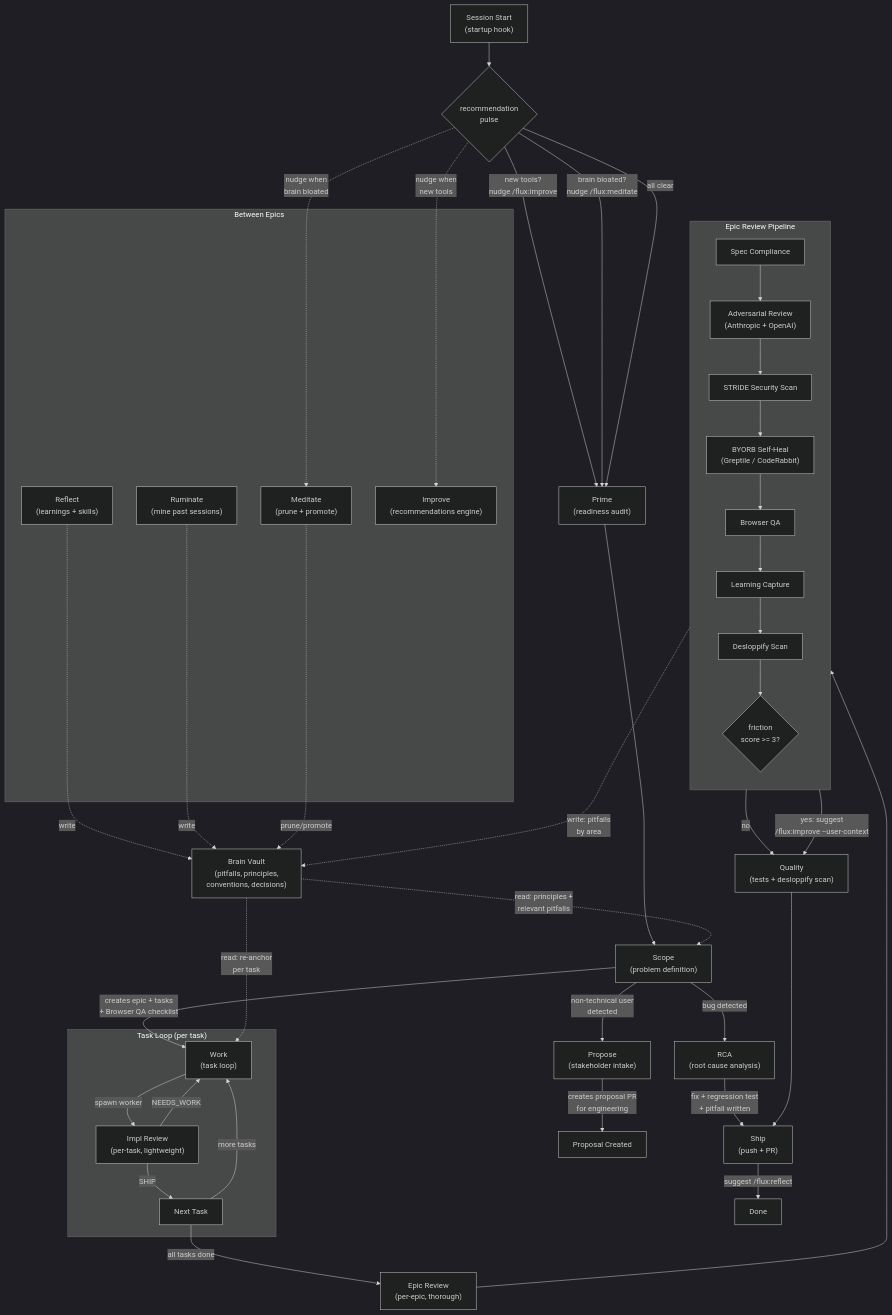
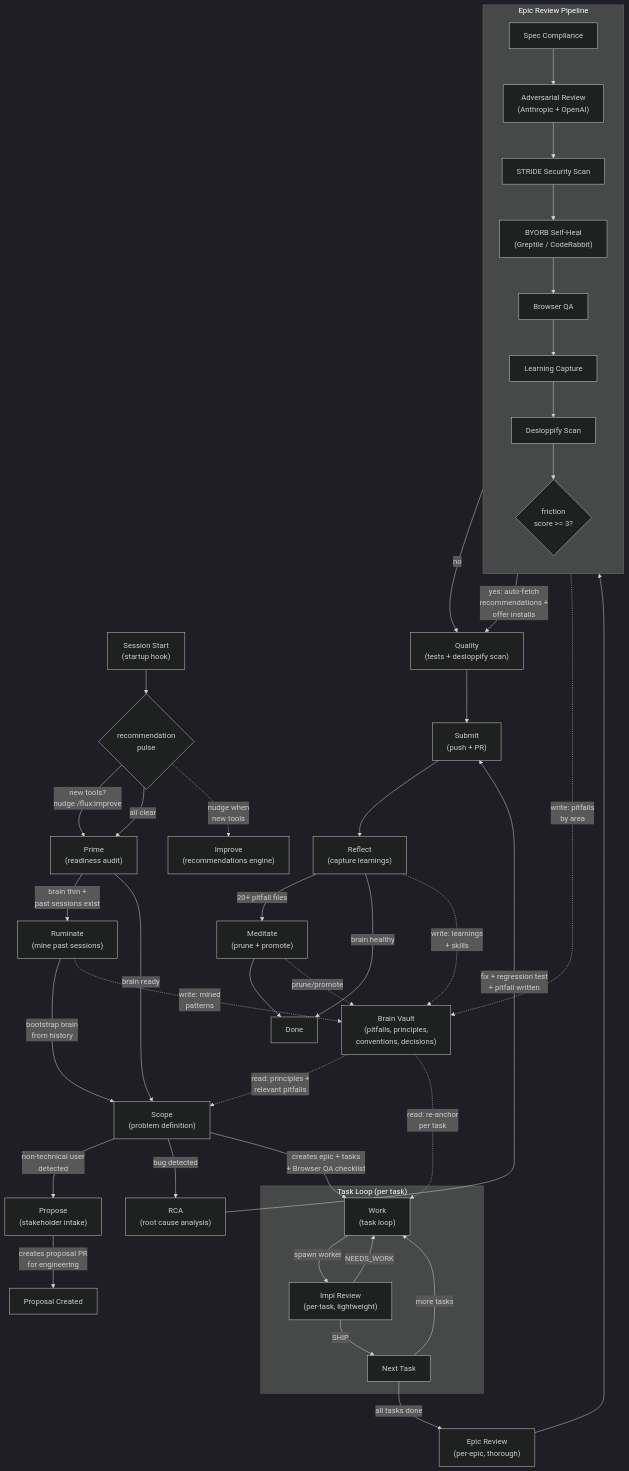
The diagram in README.md (Nairon-AI/flux), drawn with Mermaid (dark theme) before and after one commit. The commit also changed other lines of this file and 4 other files, not shown here.

First line of the commit message:
feat: auto-trigger reflect, ruminate, meditate, and improve in workflow

````diff
--- a/README.md
+++ b/README.md
@@ -188,79 +188,78 @@
 ```mermaid
 flowchart TD
     SessionStart["Session Start<br/>(startup hook)"]
     Pulse{"recommendation<br/>pulse"}
     Prime["Prime<br/>(readiness audit)"]
     Propose["Propose<br/>(stakeholder intake)"]
     RCA["RCA<br/>(root cause analysis)"]
     Scope["Scope<br/>(problem definition)"]
     Work["Work<br/>(task loop)"]
     ImplReview["Impl Review<br/>(per-task, lightweight)"]
     EpicReview["Epic Review<br/>(per-epic, thorough)"]
     Quality["Quality<br/>(tests + desloppify scan)"]
-    Ship["Ship<br/>(push + PR)"]
+    Submit["Submit<br/>(push + PR)"]
+    Reflect["Reflect<br/>(capture learnings)"]
+    Meditate["Meditate<br/>(prune + promote)"]
+    Ruminate["Ruminate<br/>(mine past sessions)"]
+    Improve["Improve<br/>(recommendations engine)"]
 
     SessionStart --> Pulse
     Pulse -->|"new tools?<br/>nudge /flux:improve"| Prime
-    Pulse -->|"brain bloated?<br/>nudge /flux:meditate"| Prime
     Pulse -->|"all clear"| Prime
-    Prime --> Scope
+    Prime -->|"brain thin +<br/>past sessions exist"| Ruminate
+    Prime -->|"brain ready"| Scope
+    Ruminate -->|"bootstrap brain<br/>from history"| Scope
     Scope -->|"non-technical user<br/>detected"| Propose
     Propose -->|"creates proposal PR<br/>for engineering"| ProposeDone["Proposal Created"]
     Scope -->|"bug detected"| RCA
-    RCA -->|"fix + regression test<br/>+ pitfall written"| Ship
+    RCA -->|"fix + regression test<br/>+ pitfall written"| Submit
     Scope -->|"creates epic + tasks<br/>+ Browser QA checklist"| Work
 
     subgraph task_loop ["Task Loop (per task)"]
         Work -->|"spawn worker"| ImplReview
         ImplReview -->|"NEEDS_WORK"| Work
         ImplReview -->|"SHIP"| NextTask["Next Task"]
         NextTask -->|"more tasks"| Work
     end
 
     NextTask -->|"all tasks done"| EpicReview
 
     subgraph review_pipeline ["Epic Review Pipeline"]
         direction TB
         SpecCompliance["Spec Compliance"]
         Adversarial["Adversarial Review<br/>(Anthropic + OpenAI)"]
         SecurityScan["STRIDE Security Scan"]
         BotSelfHeal["BYORB Self-Heal<br/>(Greptile / CodeRabbit)"]
         BrowserQA["Browser QA"]
         LearningCapture["Learning Capture"]
         DesloppifyScan["Desloppify Scan"]
         FrustrationSignal{"friction<br/>score >= 3?"}
 
         SpecCompliance --> Adversarial
         Adversarial --> SecurityScan
         SecurityScan --> BotSelfHeal
         BotSelfHeal --> BrowserQA
         BrowserQA --> LearningCapture
         LearningCapture --> DesloppifyScan
         DesloppifyScan --> FrustrationSignal
     end
 
     EpicReview --> SpecCompliance
     FrustrationSignal -->|"no"| Quality
-    FrustrationSignal -->|"yes: suggest<br/>/flux:improve --user-context"| Quality
-    Quality --> Ship
-    Ship -->|"suggest /flux:reflect"| Done["Done"]
+    FrustrationSignal -->|"yes: auto-fetch<br/>recommendations +<br/>offer installs"| Quality
+    Quality --> Submit
+    Submit --> Reflect
+    Reflect -->|"20+ pitfall files"| Meditate
+    Reflect -->|"brain healthy"| Done["Done"]
+    Meditate --> Done
 
     Brain["Brain Vault<br/>(pitfalls, principles,<br/>conventions, decisions)"]
 
     Brain -.->|"read: principles +<br/>relevant pitfalls"| Scope
     Brain -.->|"read: re-anchor<br/>per task"| Work
     LearningCapture -.->|"write: pitfalls<br/>by area"| Brain
-
-    subgraph maintenance ["Between Epics"]
-        Reflect["Reflect<br/>(learnings + skills)"]
-        Ruminate["Ruminate<br/>(mine past sessions)"]
-        Meditate["Meditate<br/>(prune + promote)"]
-        Improve["Improve<br/>(recommendations engine)"]
-    end
-
-    Reflect -.->|"write"| Brain
-    Ruminate -.->|"write"| Brain
+    Reflect -.->|"write: learnings<br/>+ skills"| Brain
+    Ruminate -.->|"write: mined<br/>patterns"| Brain
     Meditate -.->|"prune/promote"| Brain
-    Pulse -.->|"nudge when<br/>brain bloated"| Meditate
     Pulse -.->|"nudge when<br/>new tools"| Improve
 ```
````
